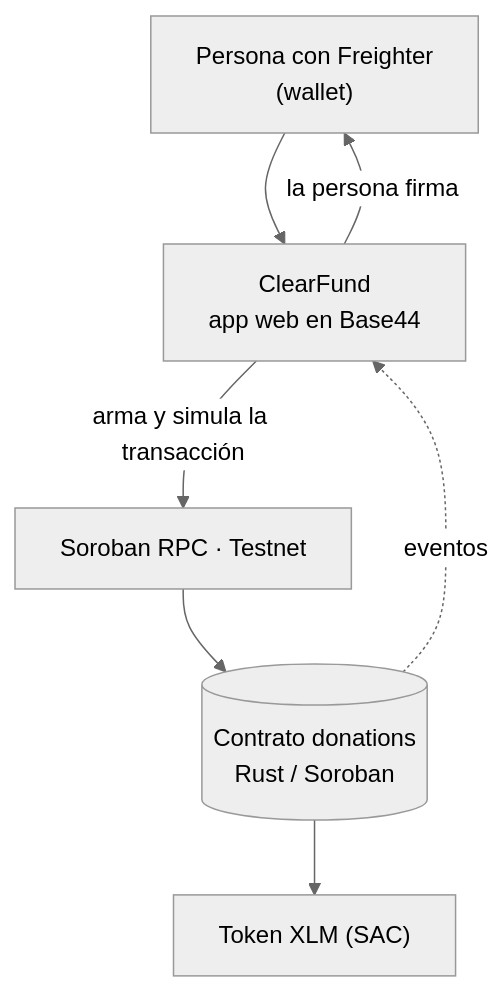
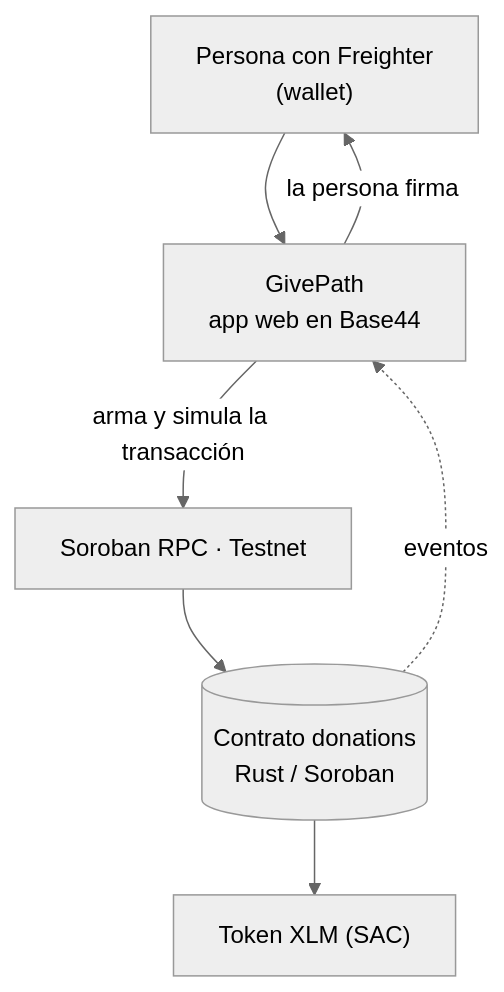
Before and after one commit to SofiCandia/ClearFund: the third of 3 diagrams in README.md, drawn with Mermaid (neutral theme). The commit also changed other lines of this file, not shown here.

````diff
--- a/README.md
+++ b/README.md
@@ -98,9 +98,9 @@
 ```mermaid
 flowchart TB
-    U["Persona con Freighter<br/>(wallet)"] --> W["ClearFund<br/>app web en Base44"]
+    U["Persona con Freighter<br/>(wallet)"] --> W["GivePath<br/>app web en Base44"]
     W -->|"arma y simula la transacción"| R["Soroban RPC · Testnet"]
     W -->|"la persona firma"| U
     R --> C[("Contrato donations<br/>Rust / Soroban")]
     C --> T["Token XLM (SAC)"]
     C -.->|"eventos"| W
 ```
````
